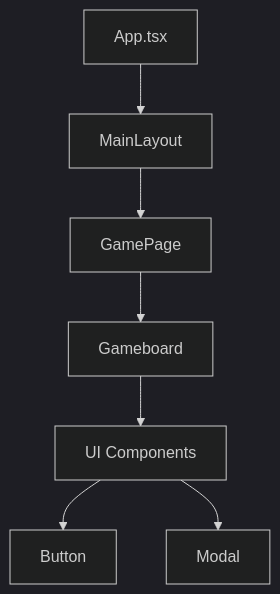
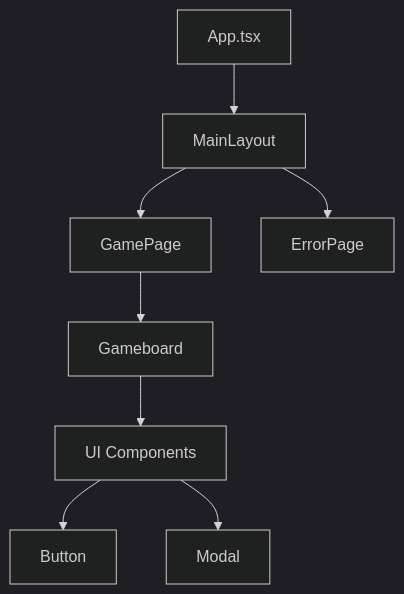
Before and after one commit to jamesgarner-me/queens-solver: the fourth of 4 diagrams in memory-bank/systemPatterns.md, drawn with Mermaid (dark theme). The commit also changed other lines of this file and 3 other files, not shown here.

````diff
--- a/memory-bank/systemPatterns.md
+++ b/memory-bank/systemPatterns.md
@@ -228,9 +240,10 @@
 ```mermaid
 graph TD
     App[App.tsx] --> Layout[MainLayout]
     Layout --> Game[GamePage]
+    Layout --> Error[ErrorPage]
     Game --> Board[Gameboard]
     Board --> UI[UI Components]
     UI --> Button[Button]
     UI --> Modal[Modal]
 ```
````
